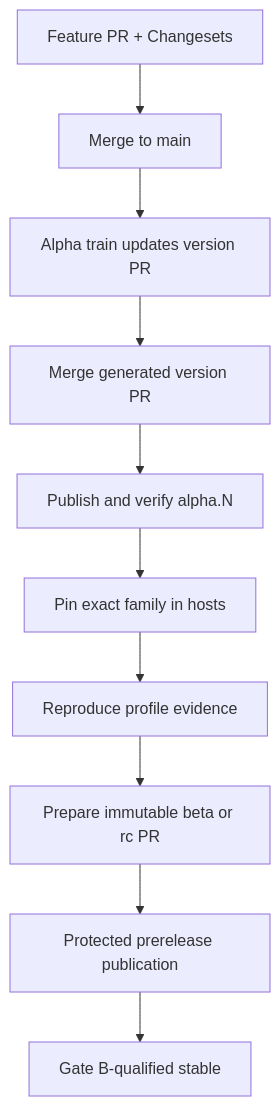
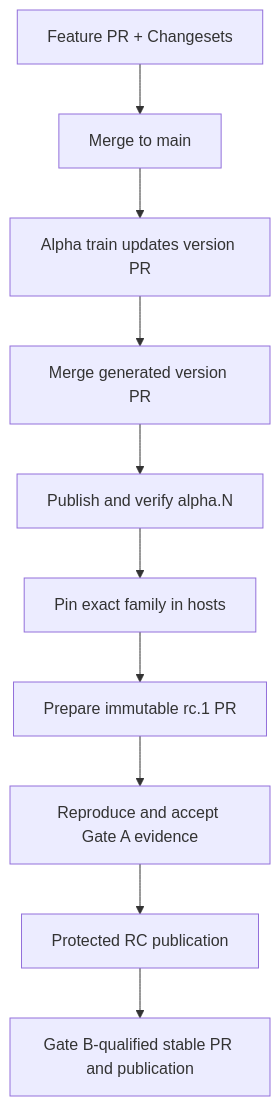
Before and after one commit to kumwe/studio: the diagram in CONTRIBUTING.md, drawn with Mermaid. The commit also changed other lines of this file and 35 other files, not shown here.

````diff
--- a/CONTRIBUTING.md
+++ b/CONTRIBUTING.md
@@ -92,12 +93,12 @@
 ```mermaid
 flowchart TD
     A["Feature PR + Changesets"] --> B["Merge to main"]
     B --> C["Alpha train updates version PR"]
     C --> D["Merge generated version PR"]
     D --> E["Publish and verify alpha.N"]
     E --> F["Pin exact family in hosts"]
-    F --> G["Reproduce profile evidence"]
-    G --> H["Prepare immutable beta or rc PR"]
-    H --> I["Protected prerelease publication"]
-    I --> J["Gate B-qualified stable"]
+    F --> G["Prepare immutable rc.1 PR"]
+    G --> H["Reproduce and accept Gate A evidence"]
+    H --> I["Protected RC publication"]
+    I --> J["Gate B-qualified stable PR and publication"]
 ```
````
